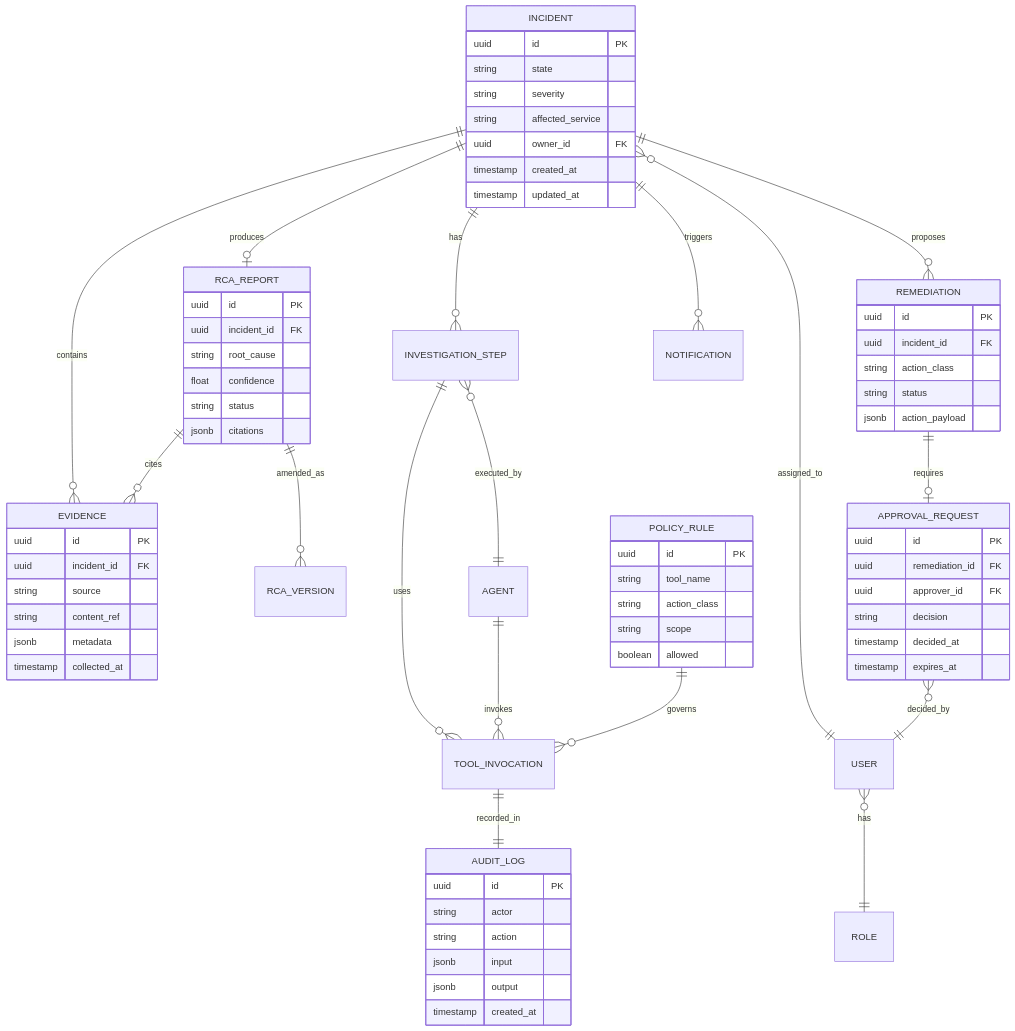
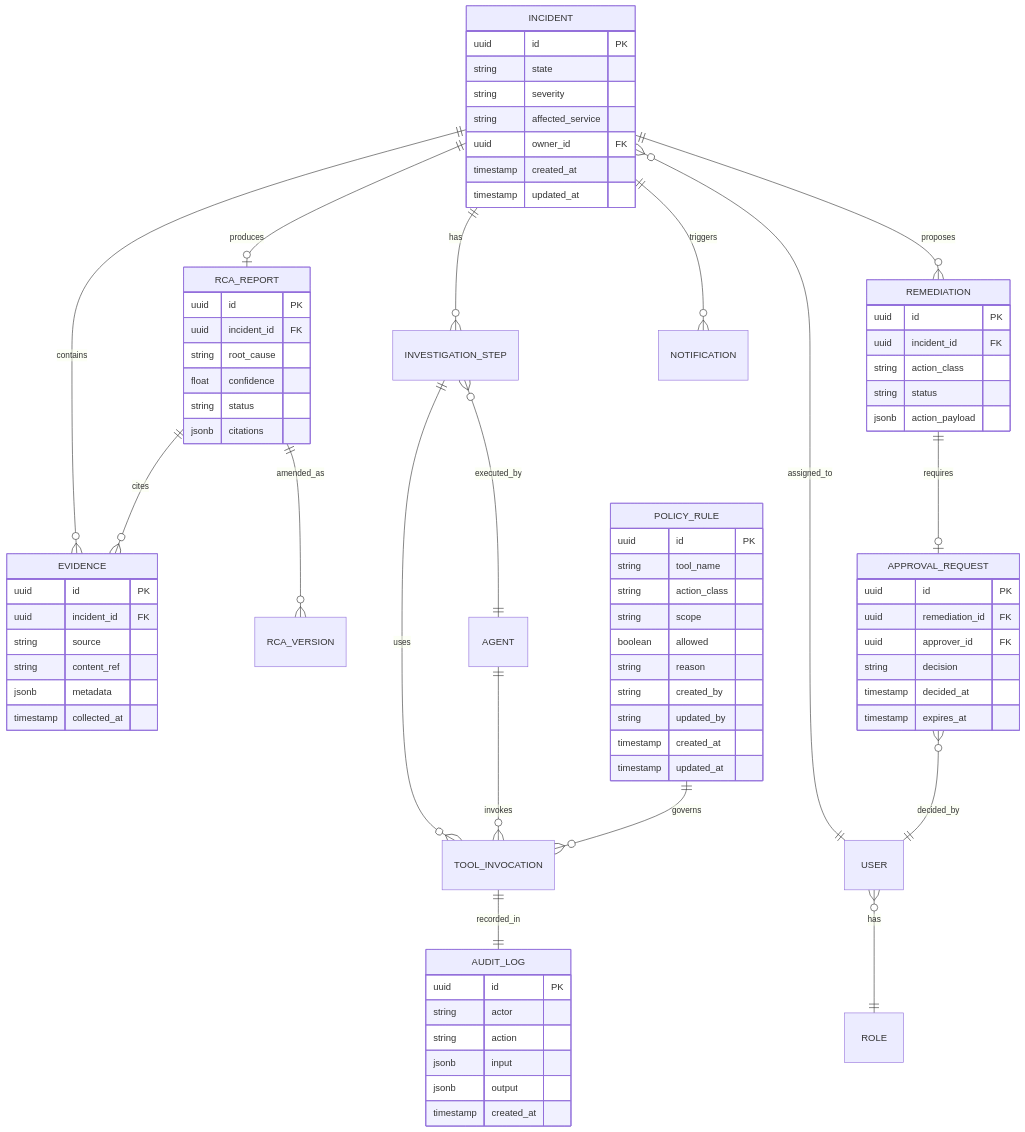
Before and after one commit to alihassan186/aegis-ai-engineering-platform: the sixth of 14 diagrams in docs/architecture/platform-overview.md, drawn with Mermaid. The commit also changed 1 other file, not shown here.

Commit message:
added .md file and alembic migration

````diff
--- a/docs/architecture/platform-overview.md
+++ b/docs/architecture/platform-overview.md
@@ -408,5 +408,10 @@
         string action_class
         string scope
         boolean allowed
+        string reason
+        string created_by
+        string updated_by
+        timestamp created_at
+        timestamp updated_at
     }
 ```
````
